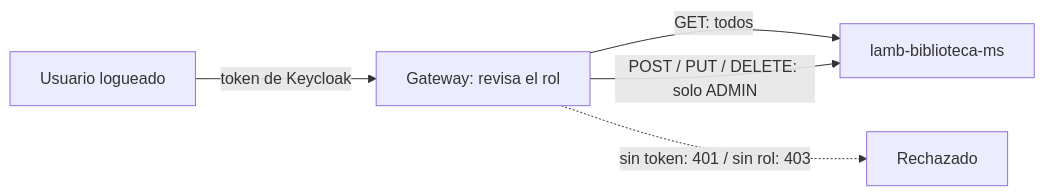
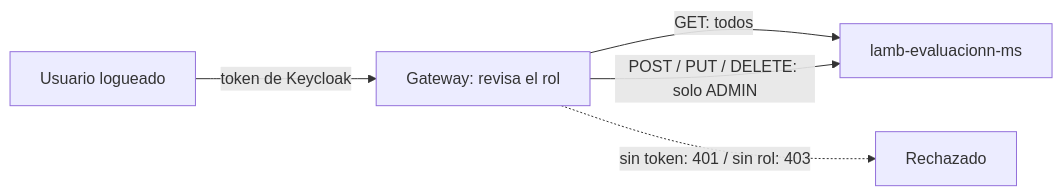
One commit to cristoferdua/Admision_Trayectoria_Lamb changed the diagram in guias-web/plantillas/sesiones/S07_Seguridad_Distribuida_Control_Acceso.md. Above: the diagram before and after it, drawn with Mermaid. The commit also changed other lines of this file and 42 other files, not shown here.

````diff
--- a/guias-web/plantillas/sesiones/S07_Seguridad_Distribuida_Control_Acceso.md
+++ b/guias-web/plantillas/sesiones/S07_Seguridad_Distribuida_Control_Acceso.md
@@ -43,7 +43,7 @@
 ```mermaid
 flowchart LR
     U["Usuario logueado"] -->|"token de Keycloak"| G["Gateway: revisa el rol"]
-    G -->|"GET: todos"| S["lamb-biblioteca-ms"]
+    G -->|"GET: todos"| S["lamb-evaluacionn-ms"]
     G -->|"POST / PUT / DELETE: solo ADMIN"| S
     G -.->|"sin token: 401 / sin rol: 403"| X["Rechazado"]
 ```
````
